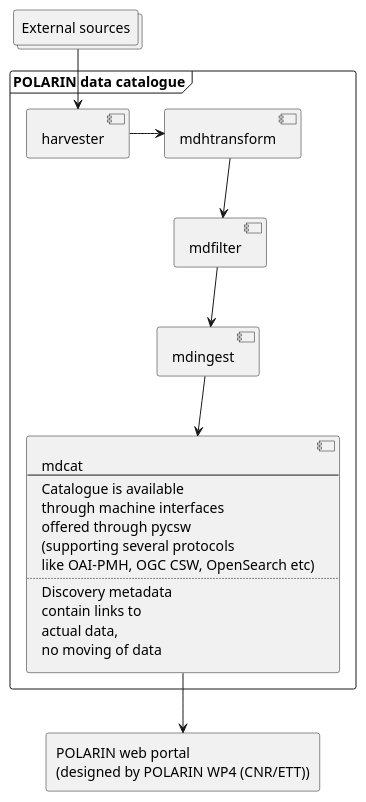
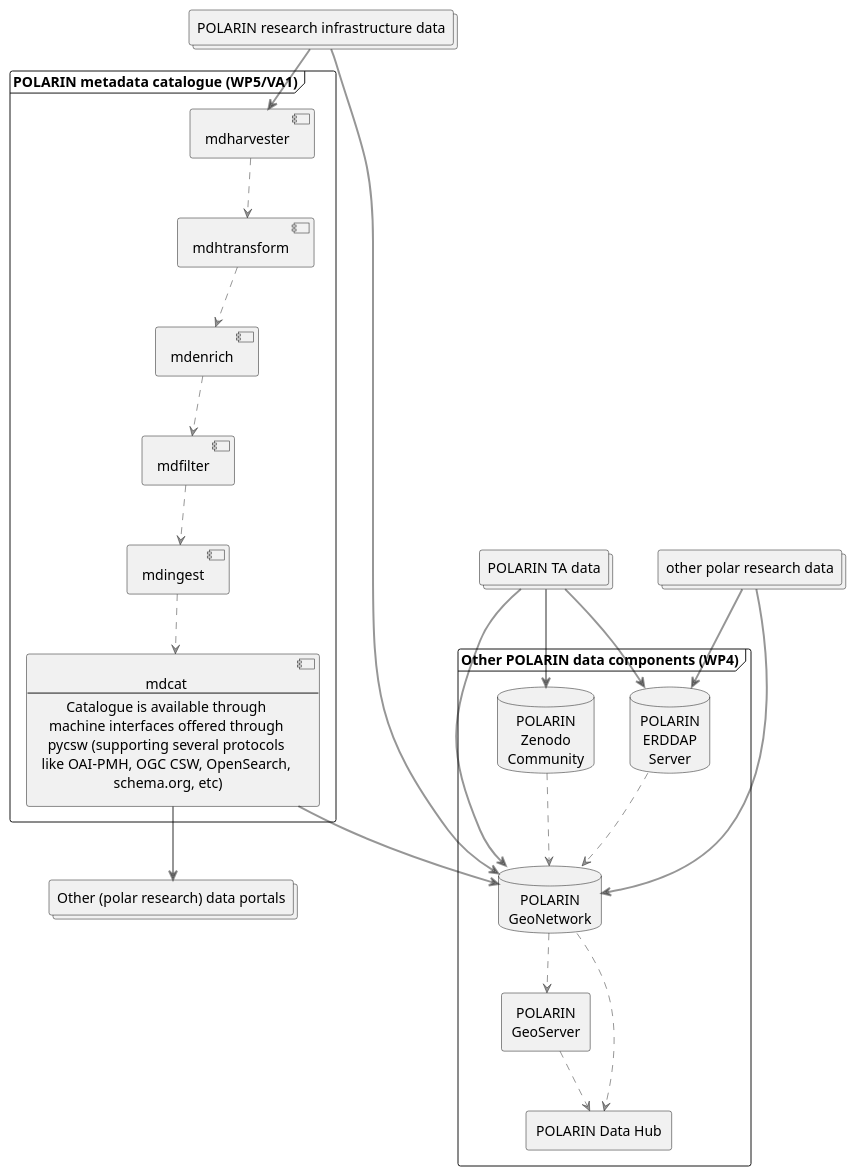
Before and after one commit to polarin-he/va_add: the diagram in doc/diagrams/polarin_metadata_catalogue_architecture_diagram.puml, drawn with PlantUML. The commit also changed 1 other file, not shown here.

Commit message:
Created a more inclusive (WP4 and WP5) PlantUML diagram

```diff
--- a/doc/diagrams/polarin_metadata_catalogue_architecture_diagram.puml
+++ b/doc/diagrams/polarin_metadata_catalogue_architecture_diagram.puml
@@ -1,40 +1,75 @@
 @startuml
 
-' External elements
-collections "External sources" as ext
+skinparam defaultTextAlignment center
+
+<style>
+frame {
+    BackGroundColor #FFFFFF
+}
+arrow {
+  LineColor #00000069
+  LineThickness 2
+}
+</style>
+
+' POLARIN RIs
+collections "POLARIN research infrastructure data" as ext
+collections "POLARIN TA data" as polTAdata
+collections "other polar research data" as otherdata
+
 
 ' SIOS elements
-frame "POLARIN data catalogue" {
-    component "harvester" as mdh
+frame "POLARIN metadata catalogue (WP5/VA1)" {
+    component "mdharvester" as mdh
     component "mdhtransform" as mdt
+    component "mdenrich" as mde
     component "mdfilter" as mdf
     component "mdingest" as mdi
     component mdc [
         mdcat 
         ----
-        Catalogue is available
-        through machine interfaces
-        offered through pycsw
-        (supporting several protocols
-        like OAI-PMH, OGC CSW, OpenSearch etc)
-        ....
-        Discovery metadata
-        contain links to
-        actual data,
-        no moving of data
-    ]
+        Catalogue is available through 
+        machine interfaces offered through 
+        pycsw (supporting several protocols 
+        like OAI-PMH, OGC CSW, OpenSearch, 
+        schema.org, etc)]
 }
 
-mdh -> mdt
-mdt --> mdf
-mdf --> mdi
-mdi --> mdc
+' External elements as boxes: POLARIN GeoNetwork; Other data portals; 
+frame "Other POLARIN data components (WP4)" {
+    database "POLARIN\nERDDAP\nServer" as polerddap
+    database "POLARIN\nZenodo\nCommunity" as polzenodo
+    database "POLARIN\nGeoNetwork" as polgeo
+    rectangle "POLARIN\nGeoServer" as polgeoserver
+    rectangle "POLARIN Data Hub" as pdh
+}
+collections "Other (polar research) data portals" as prdp
 
+' 1. external sources --> VA catalogue
 ext --> mdh
+ext --> polgeo
+polTAdata --> polzenodo
+polTAdata --> polerddap
+polTAdata --> polgeo
+otherdata --> polerddap
+otherdata --> polgeo
 
-' POLARIN web portal as a big box
-rectangle "POLARIN web portal\n(designed by POLARIN WP4 (CNR/ETT))" as webportal
+' 2. within VA catalogue
+mdh -[dashed]-> mdt
+mdt -[dashed]-> mde
+mde -[dashed]-> mdf
+mdf -[dashed]-> mdi
+mdi -[dashed]-> mdc
 
-mdc --> webportal
+' 3. VA catalogue --> other POLARIN data components
+mdc --> polgeo
+polerddap -[dashed]-> polgeo
+polzenodo -[dashed]-> polgeo
+mdc --> prdp
+
+' 4. other POLARIN data components --> POLARIN Data Hub
+polgeo -[dashed]-> pdh
+polgeo -[dashed]-> polgeoserver
+polgeoserver -[dashed]-> pdh
 
 @enduml
```
